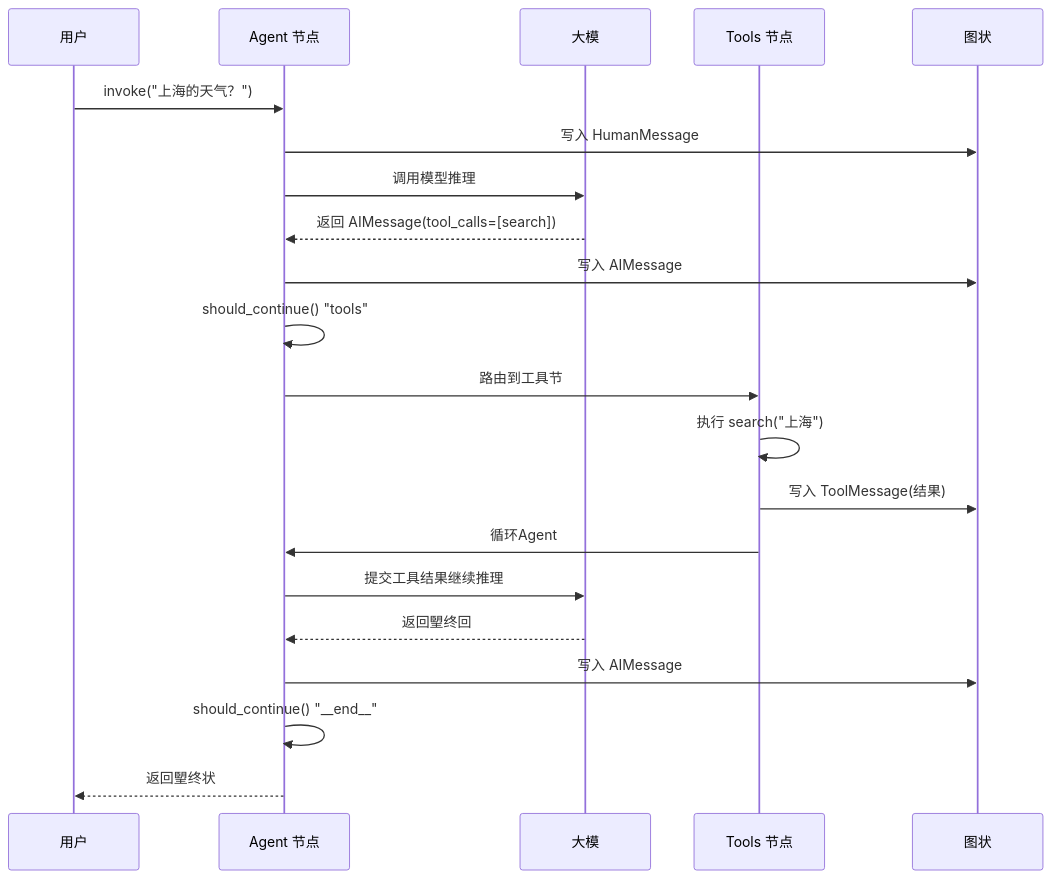
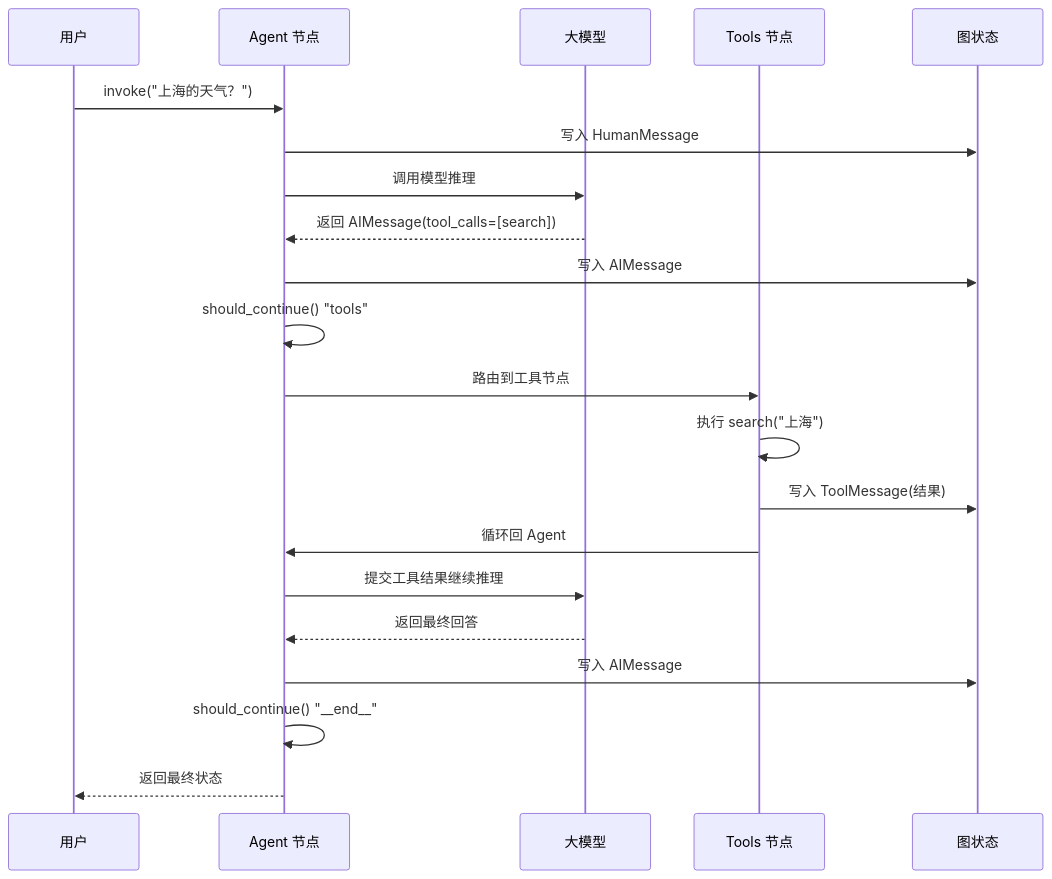
One commit to shuh-ai/agent-dev-guide changed the fourth of 5 diagrams in 02-开发框架与平台/LangGraph/01-LangGraph入门.md. Above: the diagram before and after it, drawn with Mermaid. The commit also changed other lines of this file and 9 other files, not shown here.

Commit message:
fix：细化核心图表及相关描述，提升逻辑清晰度

````diff
--- a/02-开发框架与平台/LangGraph/01-LangGraph入门.md
+++ b/02-开发框架与平台/LangGraph/01-LangGraph入门.md
@@ -344,24 +343,24 @@
 ```mermaid
 sequenceDiagram
     participant User as 用户
     participant Agent as Agent 节点
-    participant LLM as 大模
+    participant LLM as 大模型
     participant Tools as Tools 节点
-    participant State as 图状
+    participant State as 图状态
 
     User->>Agent: invoke("上海的天气？")
     Agent->>State: 写入 HumanMessage
     Agent->>LLM: 调用模型推理
     LLM-->>Agent: 返回 AIMessage(tool_calls=[search])
     Agent->>State: 写入 AIMessage
     Agent->>Agent: should_continue() "tools"
-    Agent->>Tools: 路由到工具节
+    Agent->>Tools: 路由到工具节点
     Tools->>Tools: 执行 search("上海")
     Tools->>State: 写入 ToolMessage(结果)
-    Tools->>Agent: 循环Agent
+    Tools->>Agent: 循环回 Agent
     Agent->>LLM: 提交工具结果继续推理
-    LLM-->>Agent: 返回朢终回
+    LLM-->>Agent: 返回最终回答
     Agent->>State: 写入 AIMessage
     Agent->>Agent: should_continue() "__end__"
-    Agent-->>User: 返回朢终状
+    Agent-->>User: 返回最终状态
 ```
````
